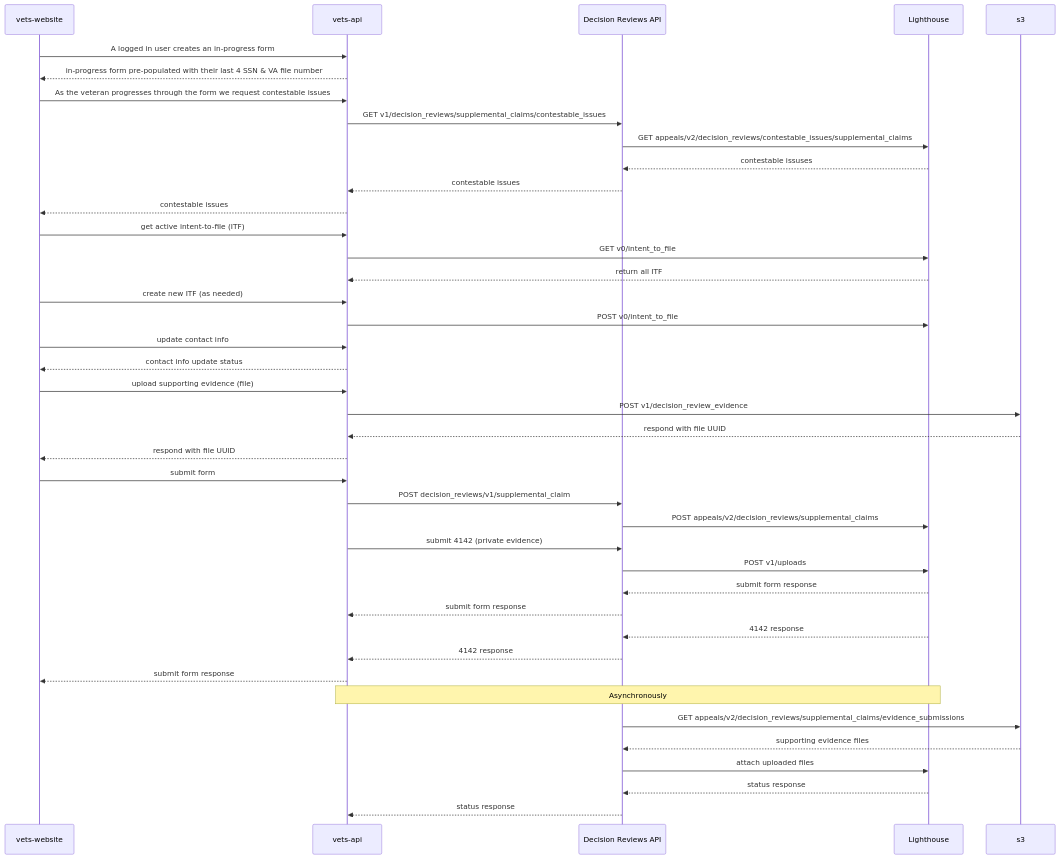
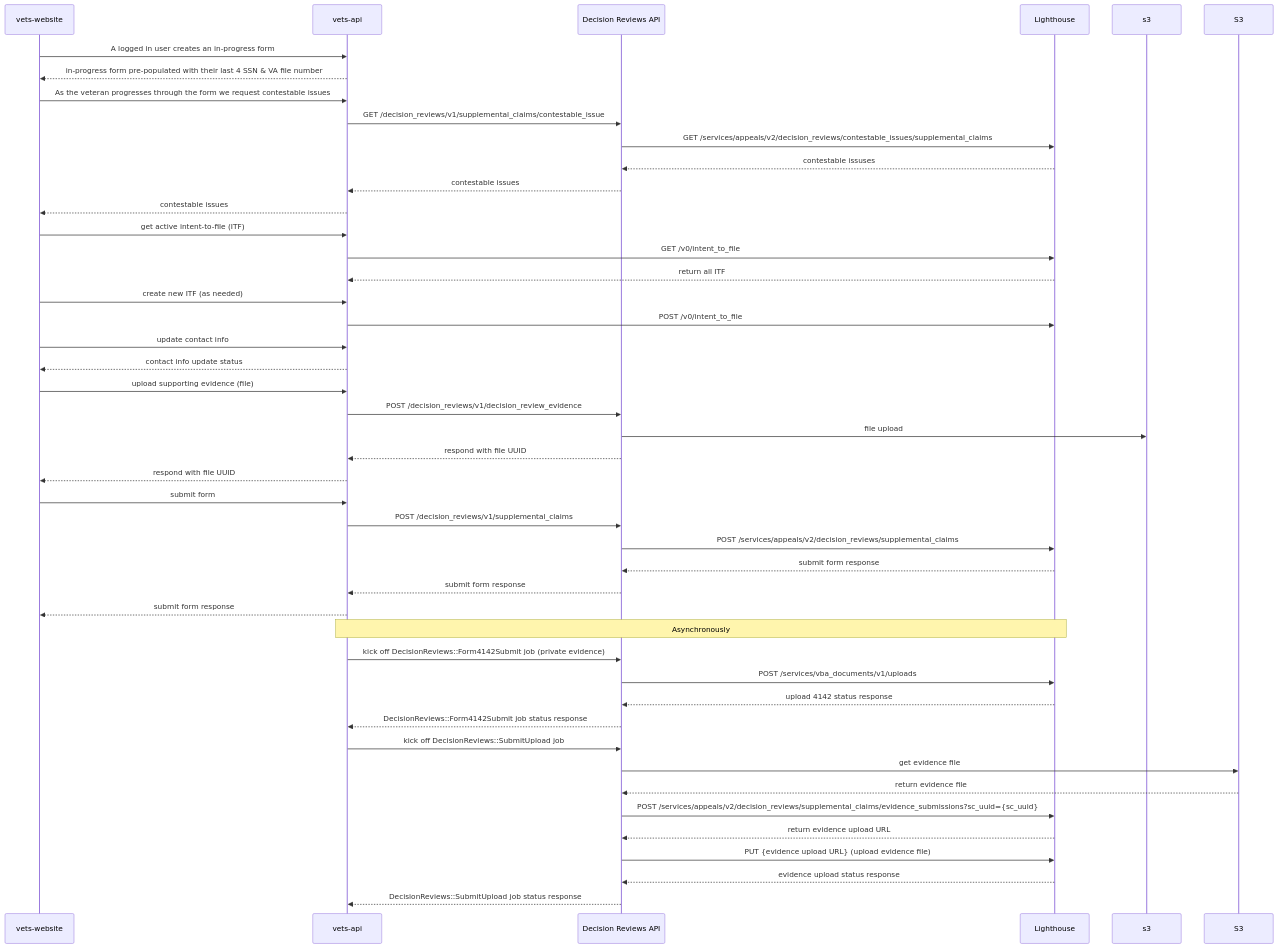
Before and after one commit to department-of-veterans-affairs/va.gov-team: the diagram in products/decision-reviews/Supplemental-Claims/engineering/SC_sequence_diagram.md, drawn with Mermaid.

Commit message:
Update mermaid sequence diagram with relative path and add evidence upload

````diff
--- a/products/decision-reviews/Supplemental-Claims/engineering/SC_sequence_diagram.md
+++ b/products/decision-reviews/Supplemental-Claims/engineering/SC_sequence_diagram.md
@@ -3,60 +3,63 @@
 ```mermaid
 sequenceDiagram
   participant vets-website
   participant vets-api
   participant DecisionReviews as Decision Reviews API
   participant Lighthouse
   participant s3
 
-
   vets-website ->> vets-api: A logged in user creates an in-progress form
   vets-api -->> vets-website: in-progress form pre-populated with their last 4 SSN & VA file number
 
   vets-website ->> vets-api: As the veteran progresses through the form we request contestable issues
-  vets-api ->> DecisionReviews: GET v1/decision_reviews/supplemental_claims/contestable_issues
-  DecisionReviews ->> Lighthouse: GET appeals/v2/decision_reviews/contestable_issues/supplemental_claims
-
+  vets-api ->> DecisionReviews: GET /decision_reviews/v1/supplemental_claims/contestable_issue
+  DecisionReviews ->> Lighthouse: GET /services/appeals/v2/decision_reviews/contestable_issues/supplemental_claims
 
   Lighthouse -->> DecisionReviews: contestable issuses
   DecisionReviews -->> vets-api: contestable issues
   vets-api -->> vets-website: contestable issues
 
   vets-website ->> vets-api: get active intent-to-file (ITF)
-  vets-api ->> Lighthouse: GET v0/intent_to_file
+  vets-api ->> Lighthouse: GET /v0/intent_to_file
   Lighthouse -->> vets-api: return all ITF
 
   vets-website ->> vets-api: create new ITF (as needed)
 
-  vets-api ->> Lighthouse: POST v0/intent_to_file
+  vets-api ->> Lighthouse: POST /v0/intent_to_file
 
   vets-website ->> vets-api: update contact info
   vets-api -->> vets-website: contact info update status
 
   vets-website ->> vets-api: upload supporting evidence (file)
-  vets-api ->> s3: POST v1/decision_review_evidence
-
-  s3 -->> vets-api: respond with file UUID
+  vets-api ->> DecisionReviews: POST /decision_reviews/v1/decision_review_evidence
+  DecisionReviews ->> s3: file upload
+  DecisionReviews -->> vets-api: respond with file UUID
   vets-api -->> vets-website: respond with file UUID
 
   vets-website ->> vets-api: submit form
-  vets-api ->> DecisionReviews: POST decision_reviews/v1/supplemental_claim
-  DecisionReviews ->> Lighthouse: POST appeals/v2/decision_reviews/supplemental_claims
-
-  vets-api ->> DecisionReviews: submit 4142 (private evidence)
-  DecisionReviews ->> Lighthouse: POST v1/uploads
+  vets-api ->> DecisionReviews: POST /decision_reviews/v1/supplemental_claims
+  DecisionReviews ->> Lighthouse: POST /services/appeals/v2/decision_reviews/supplemental_claims
 
   Lighthouse -->> DecisionReviews: submit form response
   DecisionReviews -->> vets-api: submit form response
-  Lighthouse -->> DecisionReviews: 4142 response
-  DecisionReviews -->> vets-api: 4142 response
+
   vets-api -->> vets-website: submit form response
 
   note over vets-api,Lighthouse: Asynchronously
 
-  DecisionReviews ->> s3: GET appeals/v2/decision_reviews/supplemental_claims/evidence_submissions
-  s3 -->> DecisionReviews: supporting evidence files
+  vets-api ->> DecisionReviews: kick off DecisionReviews::Form4142Submit job (private evidence)
+  DecisionReviews ->> Lighthouse: POST /services/vba_documents/v1/uploads
 
-  DecisionReviews ->> Lighthouse: attach uploaded files
-  Lighthouse -->> DecisionReviews: status response
-  DecisionReviews -->> vets-api: status response
+  Lighthouse -->> DecisionReviews: upload 4142 status             response
+  DecisionReviews -->> vets-api: DecisionReviews::Form4142Submit job status response
+
+  vets-api ->> DecisionReviews: kick off DecisionReviews::SubmitUpload job
+  DecisionReviews ->> S3: get evidence file
+  S3 -->> DecisionReviews: return evidence file
+  DecisionReviews ->> Lighthouse: POST /services/appeals/v2/decision_reviews/supplemental_claims/evidence_submissions?sc_uuid={sc_uuid}
+  Lighthouse -->> DecisionReviews: return evidence upload URL
+  DecisionReviews ->> Lighthouse: PUT {evidence upload URL} (upload evidence file)
+  Lighthouse -->> DecisionReviews: evidence upload status response
+
+  DecisionReviews -->> vets-api: DecisionReviews::SubmitUpload job status response
 ```
````
